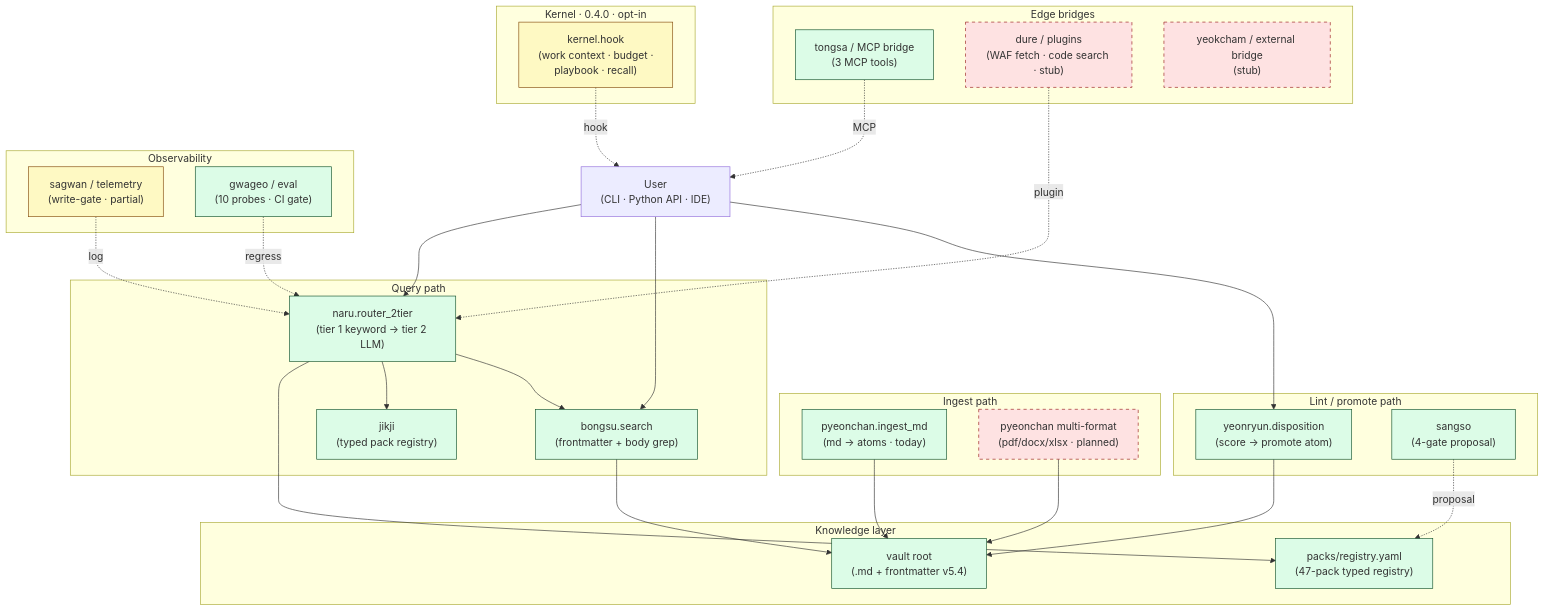
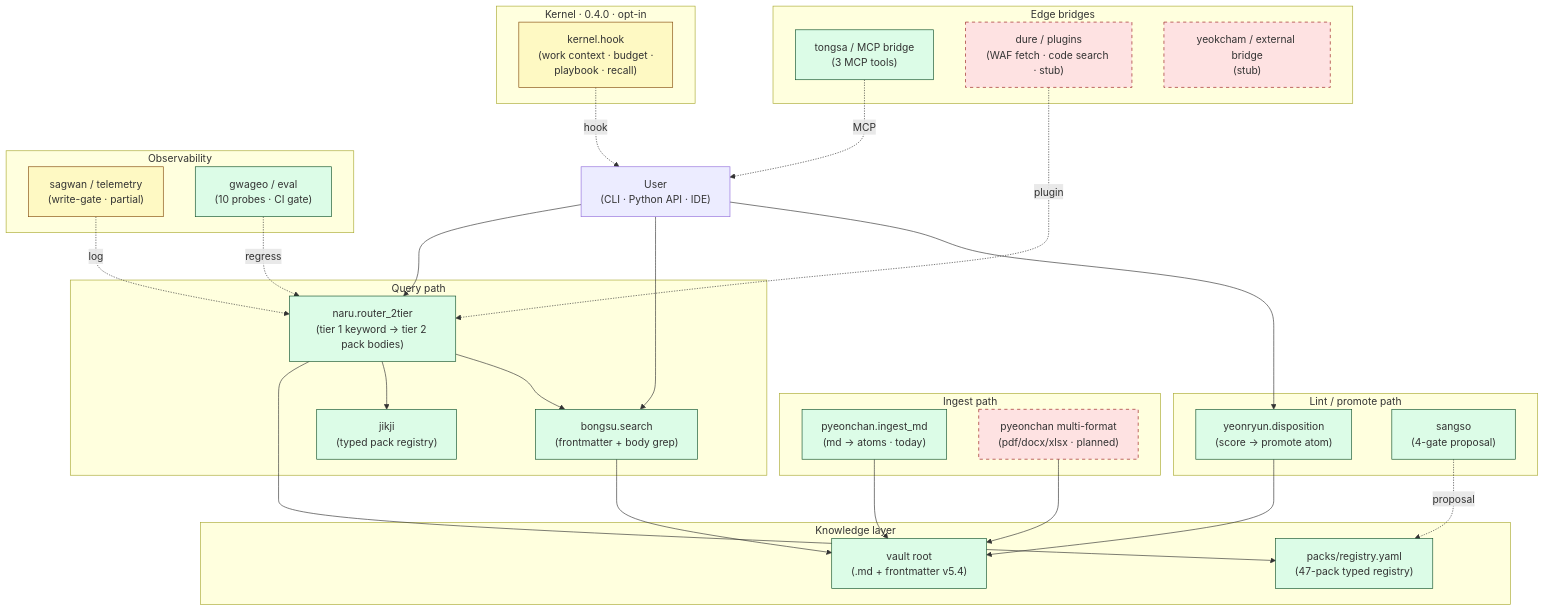
One commit to sillok-os/sillok changed the second of 2 diagrams in README.md. Above: the diagram before and after it, drawn with Mermaid. The commit also changed other lines of this file and 7 other files, not shown here.

````diff
--- a/README.md
+++ b/README.md
@@ -93,64 +93,64 @@
 ```mermaid
 flowchart TB
     subgraph CORPUS["Knowledge layer"]
         VAULTROOT["vault root<br/>(.md + frontmatter v5.4)"]
         REGISTRY["packs/registry.yaml<br/>(47-pack typed registry)"]
     end
 
     subgraph INGEST["Ingest path"]
         PYEON["pyeonchan.ingest_md<br/>(md → atoms · today)"]
         PYEON_F["pyeonchan multi-format<br/>(pdf/docx/xlsx · planned)"]
     end
 
     subgraph QUERY["Query path"]
         BONGSU["bongsu.search<br/>(frontmatter + body grep)"]
-        NARU["naru.router_2tier<br/>(tier 1 keyword → tier 2 LLM)"]
+        NARU["naru.router_2tier<br/>(tier 1 keyword → tier 2 pack bodies)"]
         JIKJI["jikji<br/>(typed pack registry)"]
     end
 
     subgraph LINT["Lint / promote path"]
         YEON["yeonryun.disposition<br/>(score → promote atom)"]
         SANGSO["sangso<br/>(4-gate proposal)"]
     end
 
     subgraph OBS["Observability"]
         SAGWAN["sagwan / telemetry<br/>(write-gate · partial)"]
         GWAGEO["gwageo / eval<br/>(10 probes · CI gate)"]
     end
 
     subgraph BRIDGES["Edge bridges"]
         TONGSA["tongsa / MCP bridge<br/>(3 MCP tools)"]
         DURE["dure / plugins<br/>(WAF fetch · code search · stub)"]
         YEOK["yeokcham / external bridge<br/>(stub)"]
     end
 
     subgraph KERNEL_G["Kernel · 0.4.0 · opt-in"]
         KERNEL["kernel.hook<br/>(work context · budget ·<br/>playbook · recall)"]
     end
 
     USER["User<br/>(CLI · Python API · IDE)"]
 
     USER --> NARU
     NARU --> REGISTRY
     NARU --> JIKJI
     NARU --> BONGSU
     BONGSU --> VAULTROOT
     USER --> BONGSU
     USER --> YEON
     YEON --> VAULTROOT
     PYEON --> VAULTROOT
     PYEON_F --> VAULTROOT
     SANGSO -.proposal.-> REGISTRY
     SAGWAN -.log.-> NARU
     GWAGEO -.regress.-> NARU
     TONGSA -.MCP.-> USER
     DURE -.plugin.-> NARU
     KERNEL -.hook.-> USER
 
     classDef stub fill:#fee2e2,stroke:#991b1b,stroke-dasharray: 5 5
     classDef live fill:#dcfce7,stroke:#14532d
     classDef partial fill:#fef9c3,stroke:#854d0e
     class BONGSU,NARU,YEON,PYEON,VAULTROOT,REGISTRY,JIKJI,SANGSO,GWAGEO,TONGSA live
     class SAGWAN,KERNEL partial
     class DURE,YEOK,PYEON_F stub
 ```
````
